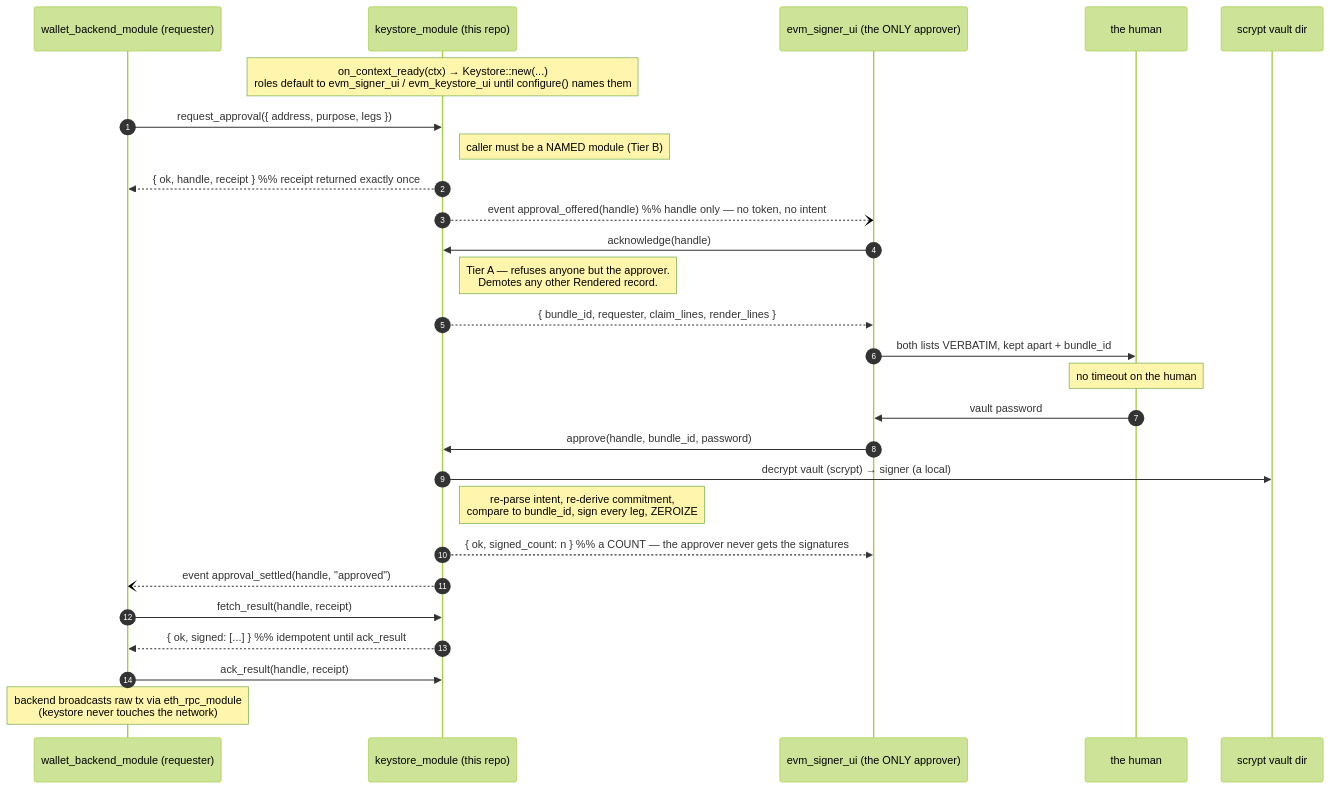
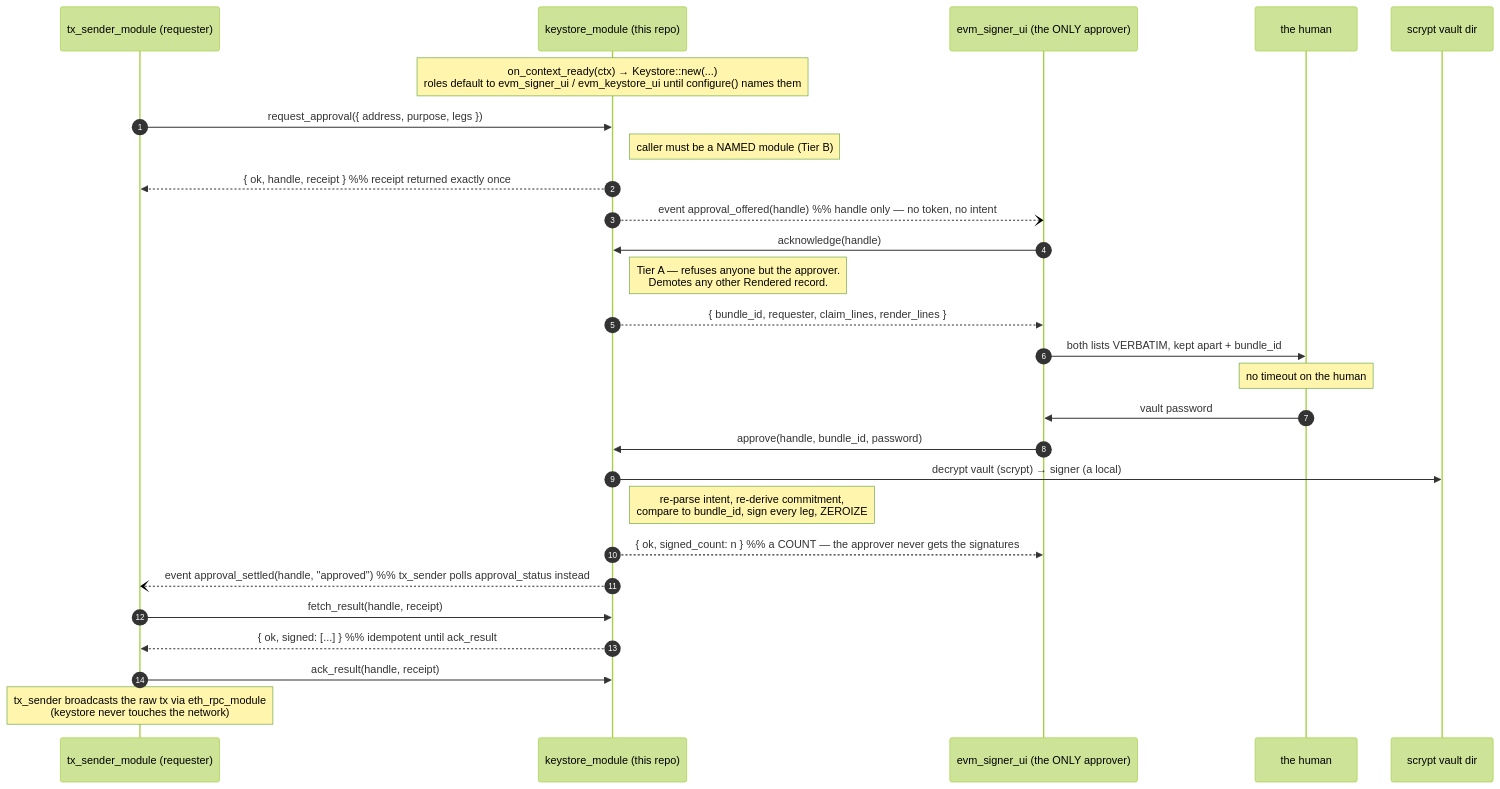
The second of 2 diagrams in docs/specs.md (logos-co/logos-evm-keystore-module), drawn with Mermaid (forest theme) before and after one commit. The commit also changed other lines of this file, not shown here.

````diff
--- a/docs/specs.md
+++ b/docs/specs.md
@@ -131,35 +136,35 @@
 ```mermaid
 sequenceDiagram
     autonumber
-    participant BE as wallet_backend_module (requester)
+    participant BE as tx_sender_module (requester)
     participant KS as keystore_module (this repo)
     participant SU as evm_signer_ui (the ONLY approver)
     participant H as the human
     participant DISK as scrypt vault dir
 
     Note over KS: on_context_ready(ctx) → Keystore::new(...)<br/>roles default to evm_signer_ui / evm_keystore_ui until configure() names them
 
     BE->>KS: request_approval({ address, purpose, legs })
     Note right of KS: caller must be a NAMED module (Tier B)
     KS-->>BE: { ok, handle, receipt }   %% receipt returned exactly once
     KS--)SU: event approval_offered(handle)   %% handle only — no token, no intent
 
     SU->>KS: acknowledge(handle)
     Note right of KS: Tier A — refuses anyone but the approver.<br/>Demotes any other Rendered record.
     KS-->>SU: { bundle_id, requester, claim_lines, render_lines }
     SU->>H: both lists VERBATIM, kept apart + bundle_id
     Note over H: no timeout on the human
 
     H->>SU: vault password
     SU->>KS: approve(handle, bundle_id, password)
     KS->>DISK: decrypt vault (scrypt) → signer (a local)
     Note right of KS: re-parse intent, re-derive commitment,<br/>compare to bundle_id, sign every leg, ZEROIZE
     KS-->>SU: { ok, signed_count: n }   %% a COUNT — the approver never gets the signatures
-    KS--)BE: event approval_settled(handle, "approved")
+    KS--)BE: event approval_settled(handle, "approved")   %% tx_sender polls approval_status instead
 
     BE->>KS: fetch_result(handle, receipt)
     KS-->>BE: { ok, signed: [...] }   %% idempotent until ack_result
     BE->>KS: ack_result(handle, receipt)
 
-    Note over BE: backend broadcasts raw tx via eth_rpc_module<br/>(keystore never touches the network)
+    Note over BE: tx_sender broadcasts the raw tx via eth_rpc_module<br/>(keystore never touches the network)
 ```
````
